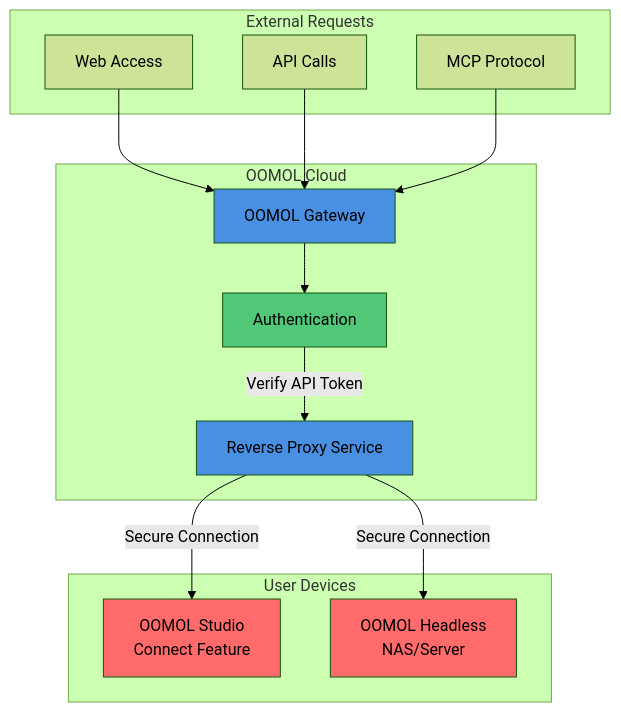
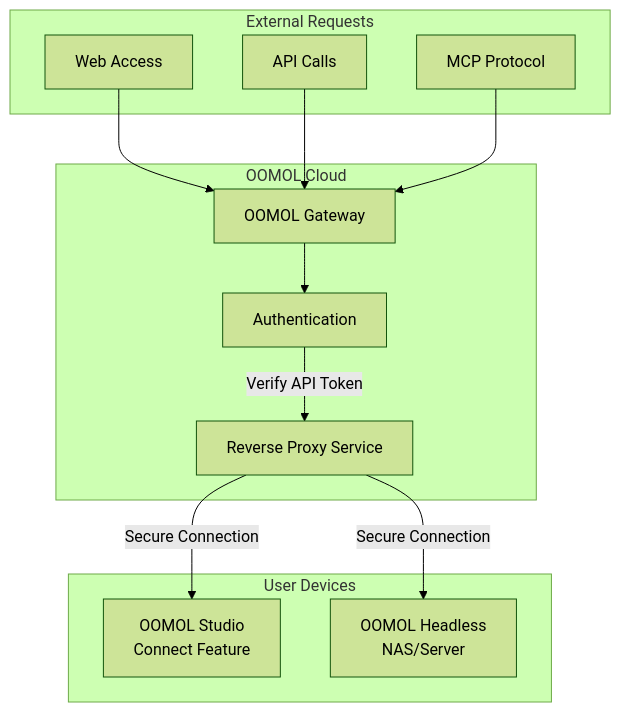
Before and after one commit to oomol/oomol.com: the diagram in docs/connect.mdx, drawn with Mermaid (forest theme). The commit also changed 2 other files, not shown here.

Commit message:
refactor(connect): remove redundant styles from architecture diagrams in English and Chinese documentation

````diff
--- a/docs/connect.mdx
+++ b/docs/connect.mdx
@@ -11,33 +11,27 @@
 ```mermaid
 graph TB
     subgraph "External Requests"
         A[Web Access]
         B[API Calls]
         C[MCP Protocol]
     end
 
     subgraph "OOMOL Cloud"
         D[OOMOL Gateway]
         E[Authentication]
         F[Reverse Proxy Service]
     end
 
     subgraph "User Devices"
         G[OOMOL Studio<br/>Connect Feature]
         H[OOMOL Headless<br/>NAS/Server]
     end
 
     A --> D
     B --> D
     C --> D
     D --> E
     E -->|Verify API Token| F
     F -->|Secure Connection| G
     F -->|Secure Connection| H
-
-    style D fill:#4A90E2
-    style E fill:#50C878
-    style F fill:#4A90E2
-    style G fill:#FF6B6B
-    style H fill:#FF6B6B
 ```
````
